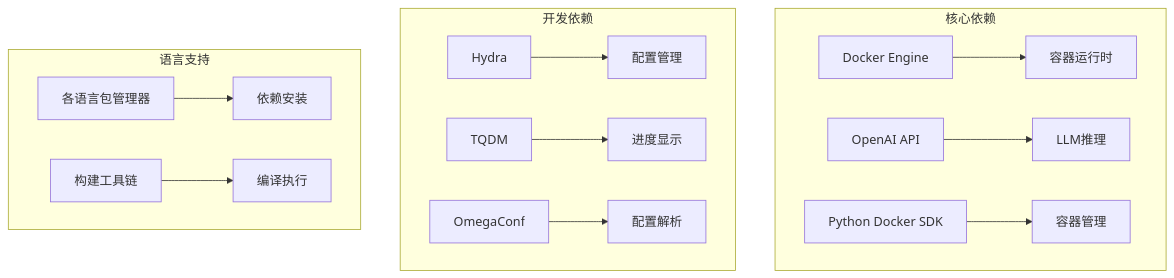
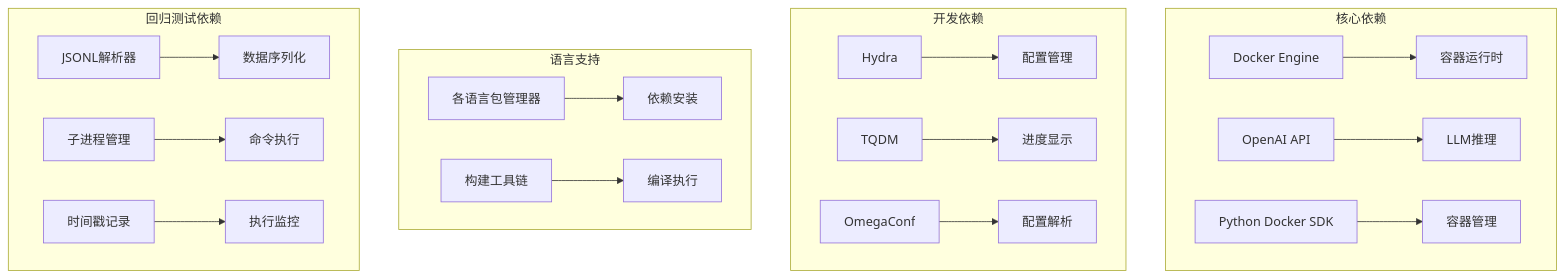
One commit to Jayint/Jayint-repo changed diagram 11 of 13 in .qoder/repowiki/zh/content/核心组件/多Docker评估系统/增强评估框架.md. Above: the diagram before and after it, drawn with Mermaid. The commit also changed other lines of this file and 497 other files, not shown here.

````diff
--- a/.qoder/repowiki/zh/content/核心组件/多Docker评估系统/增强评估框架.md
+++ b/.qoder/repowiki/zh/content/核心组件/多Docker评估系统/增强评估框架.md
@@ -397,17 +581,22 @@
 ```mermaid
 graph TB
 subgraph "核心依赖"
 A[Docker Engine] --> B[容器运行时]
 C[OpenAI API] --> D[LLM推理]
 E[Python Docker SDK] --> F[容器管理]
 end
 subgraph "开发依赖"
 G[Hydra] --> H[配置管理]
 I[TQDM] --> J[进度显示]
 K[OmegaConf] --> L[配置解析]
 end
 subgraph "语言支持"
 M[各语言包管理器] --> N[依赖安装]
 O[构建工具链] --> P[编译执行]
 end
+subgraph "回归测试依赖"
+Q[JSONL解析器] --> R[数据序列化]
+S[子进程管理] --> T[命令执行]
+U[时间戳记录] --> V[执行监控]
+end
 ```
````
